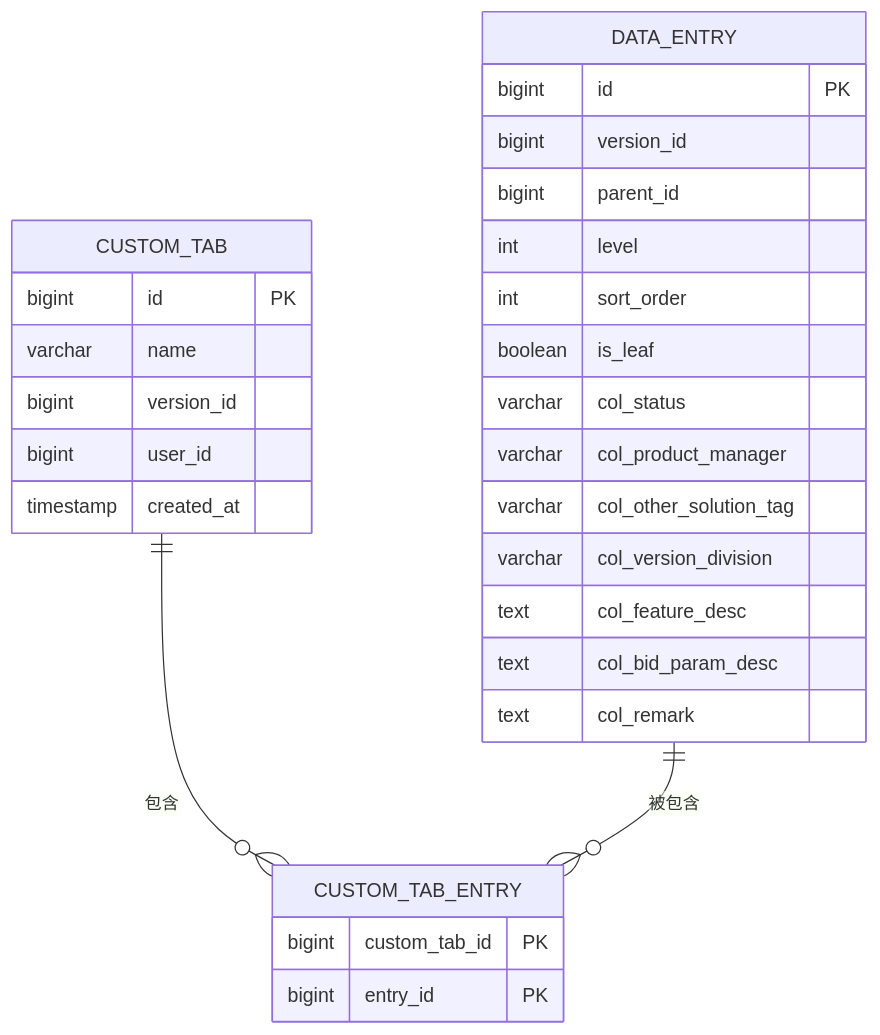
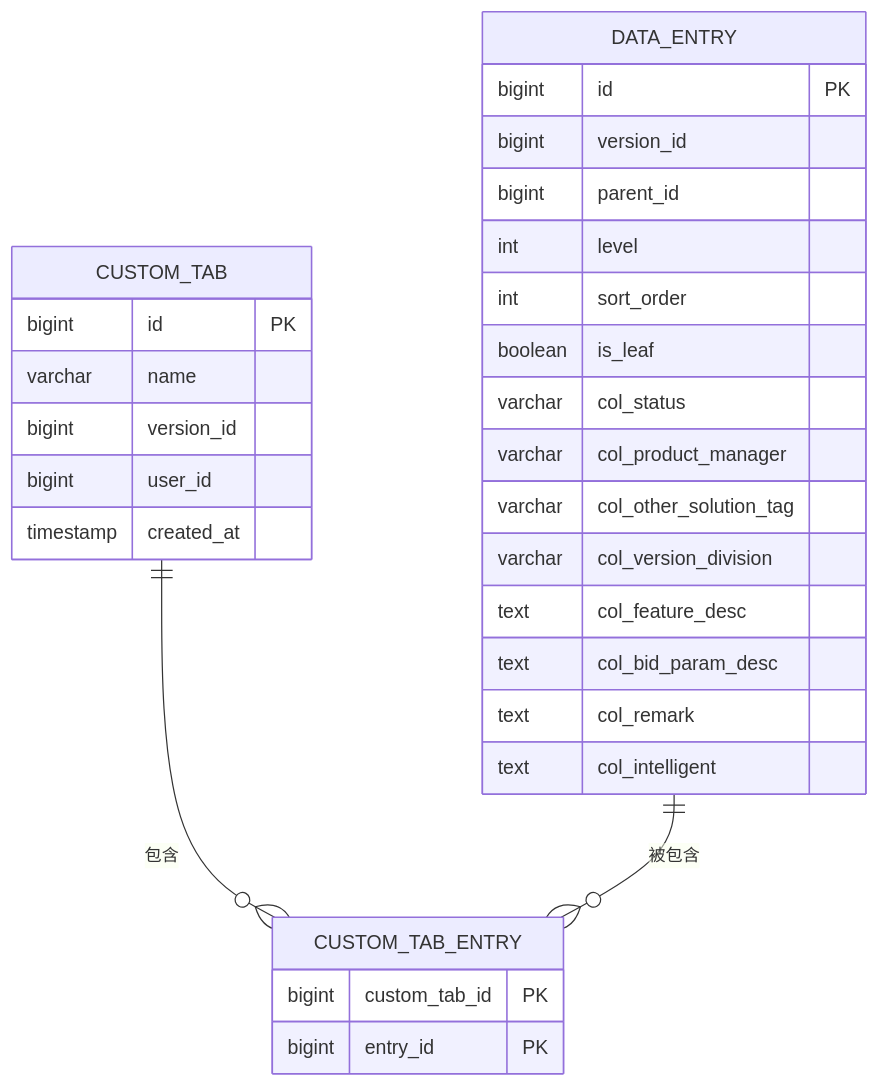
One commit to kinke0/ProductList changed the third of 7 diagrams in .qoder/repowiki/zh/content/功能模块详解/自定义标签系统.md. Above: the diagram before and after it, drawn with Mermaid. The commit also changed other lines of this file and 106 other files, not shown here.

Commit message:
V1.1.0: 修复清单导航树不匹配+统计视图加载遮罩+上下移提示

````diff
--- a/.qoder/repowiki/zh/content/功能模块详解/自定义标签系统.md
+++ b/.qoder/repowiki/zh/content/功能模块详解/自定义标签系统.md
@@ -167,31 +192,32 @@
 ```mermaid
 erDiagram
 CUSTOM_TAB {
 bigint id PK
 varchar name
 bigint version_id
 bigint user_id
 timestamp created_at
 }
 CUSTOM_TAB_ENTRY {
 bigint custom_tab_id PK
 bigint entry_id PK
 }
 DATA_ENTRY {
 bigint id PK
 bigint version_id
 bigint parent_id
 int level
 int sort_order
 boolean is_leaf
 varchar col_status
 varchar col_product_manager
 varchar col_other_solution_tag
 varchar col_version_division
 text col_feature_desc
 text col_bid_param_desc
 text col_remark
+text col_intelligent
 }
 CUSTOM_TAB ||--o{ CUSTOM_TAB_ENTRY : "包含"
 DATA_ENTRY ||--o{ CUSTOM_TAB_ENTRY : "被包含"
 ```
````
